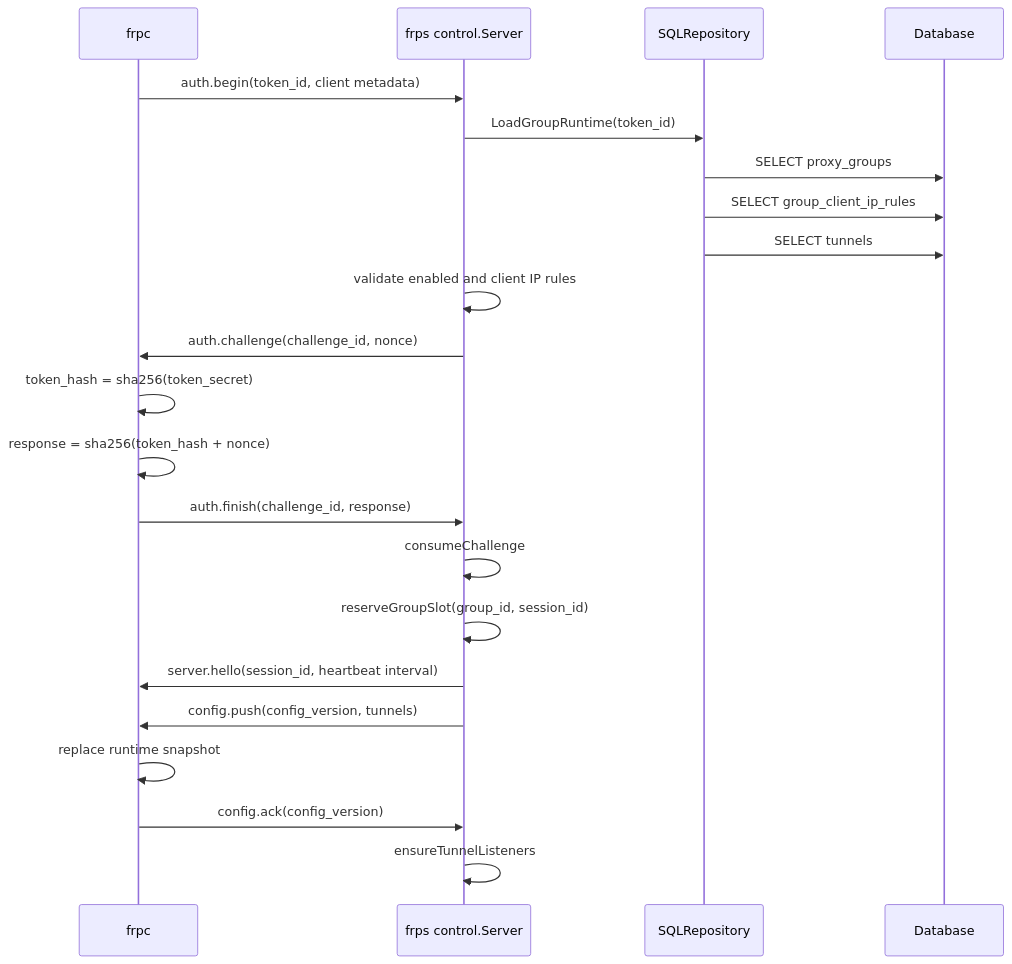
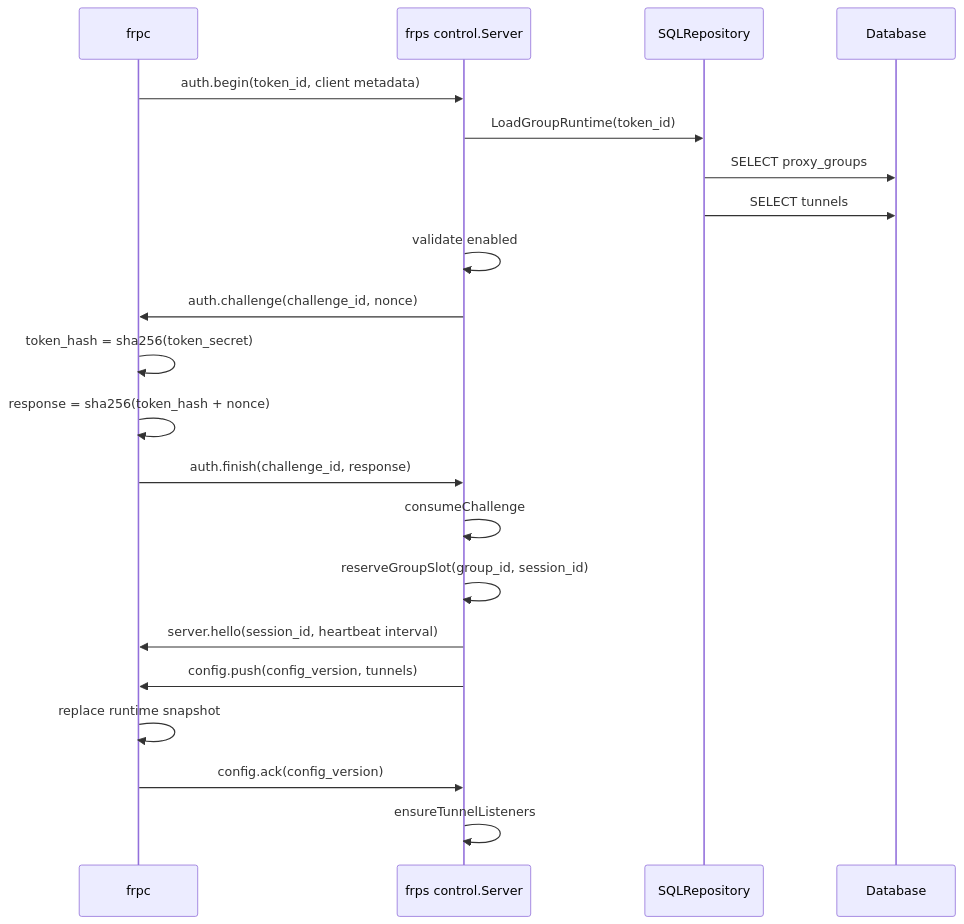
One commit to Zightch/frp changed the fourth of 6 diagrams in docs/frps-frpc-current-architecture.md. Above: the diagram before and after it, drawn with Mermaid. The commit also changed other lines of this file and 26 other files, not shown here.

````diff
--- a/docs/frps-frpc-current-architecture.md
+++ b/docs/frps-frpc-current-architecture.md
@@ -135,25 +135,24 @@
 ```mermaid
 sequenceDiagram
     participant C as frpc
     participant S as frps control.Server
     participant R as SQLRepository
     participant D as Database
 
     C->>S: auth.begin(token_id, client metadata)
     S->>R: LoadGroupRuntime(token_id)
     R->>D: SELECT proxy_groups
-    R->>D: SELECT group_client_ip_rules
     R->>D: SELECT tunnels
-    S->>S: validate enabled and client IP rules
+    S->>S: validate enabled
     S->>C: auth.challenge(challenge_id, nonce)
     C->>C: token_hash = sha256(token_secret)
     C->>C: response = sha256(token_hash + nonce)
     C->>S: auth.finish(challenge_id, response)
     S->>S: consumeChallenge
     S->>S: reserveGroupSlot(group_id, session_id)
     S->>C: server.hello(session_id, heartbeat interval)
     S->>C: config.push(config_version, tunnels)
     C->>C: replace runtime snapshot
     C->>S: config.ack(config_version)
     S->>S: ensureTunnelListeners
 ```
````
